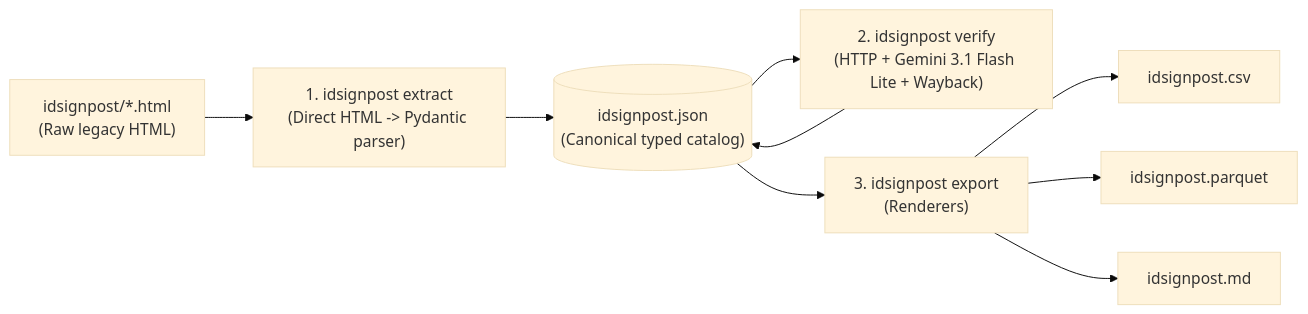
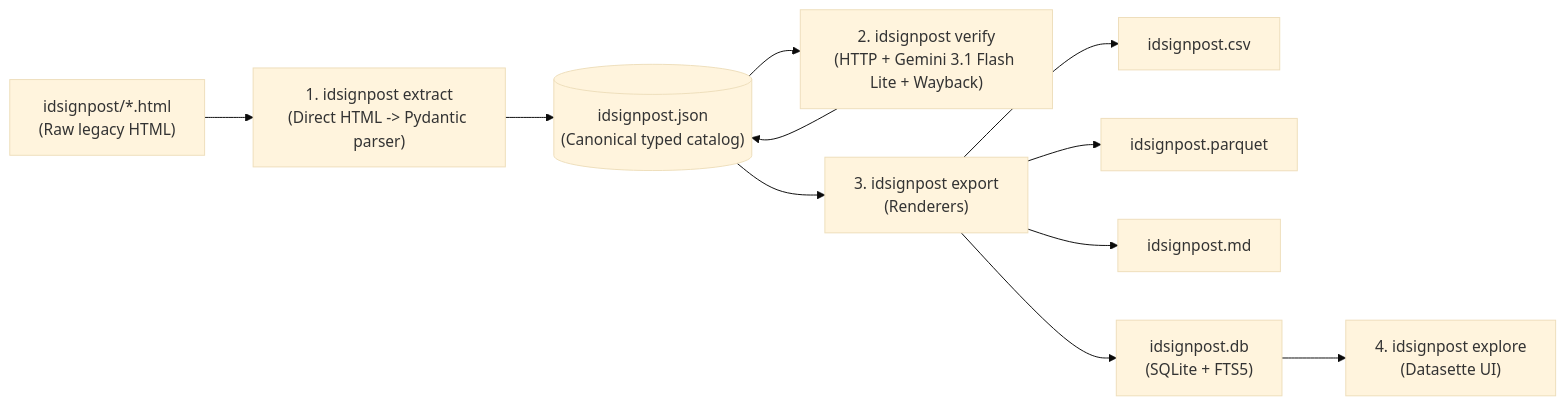
The first of 2 diagrams in SPEC.md (charlesroper/FSCLegacy-fscbiodiversity.uk-idsignpost), drawn with Mermaid (base theme) before and after one commit. The commit also changed other lines of this file and 2 other files, not shown here.

First line of the commit message:
docs: document Datasette exploration and SQLite

````diff
--- a/SPEC.md
+++ b/SPEC.md
@@ -28,11 +28,13 @@
 ```mermaid
 flowchart LR
     HTML["idsignpost/*.html\n(Raw legacy HTML)"] --> EXTRACT["1. idsignpost extract\n(Direct HTML -> Pydantic parser)"]
     EXTRACT --> JSON[("idsignpost.json\n(Canonical typed catalog)")]
     JSON --> VERIFY["2. idsignpost verify\n(HTTP + Gemini 3.1 Flash Lite + Wayback)"]
     VERIFY --> JSON
     JSON --> EXPORT["3. idsignpost export\n(Renderers)"]
     EXPORT --> CSV["idsignpost.csv"]
     EXPORT --> PARQUET["idsignpost.parquet"]
     EXPORT --> MD["idsignpost.md"]
+    EXPORT --> SQLITE["idsignpost.db\n(SQLite + FTS5)"]
+    SQLITE --> EXPLORE["4. idsignpost explore\n(Datasette UI)"]
 ```
````
